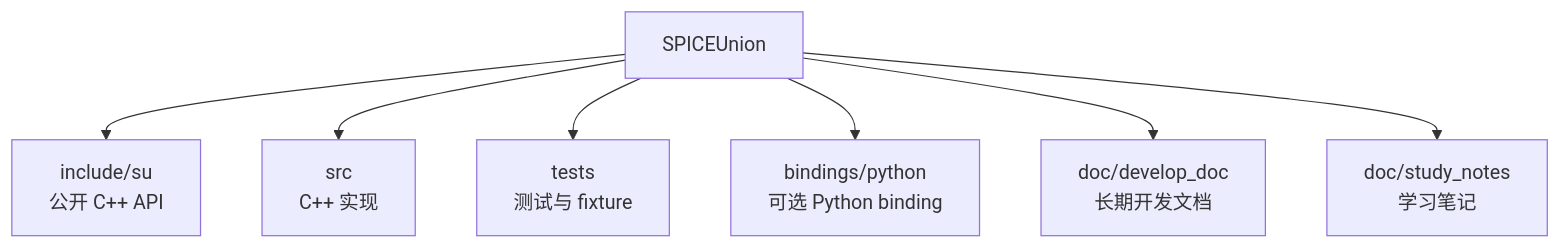
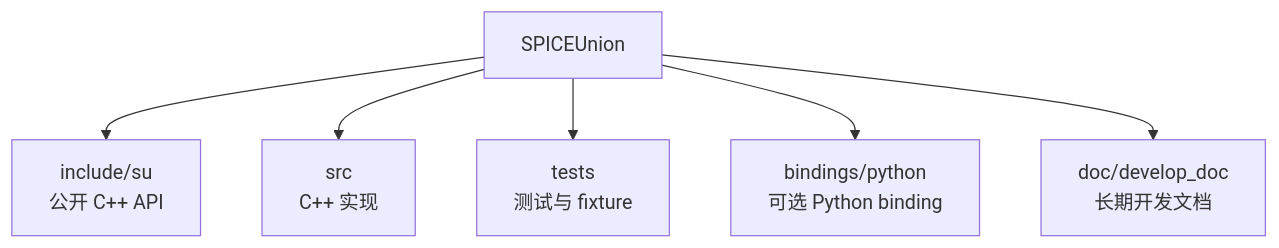
Before and after one commit to Snappersontheprowl/SPICEUnion: the fourth of 6 diagrams in doc/develop_doc/00_项目总览/02_架构总览.md, drawn with Mermaid. The commit also changed 7 other files, not shown here.

Commit message:
docs: study_notes 移出跟踪（个人学习材料，本地保留不入库）

````diff
--- a/doc/develop_doc/00_项目总览/02_架构总览.md
+++ b/doc/develop_doc/00_项目总览/02_架构总览.md
@@ -249,11 +249,10 @@
 ```mermaid
 flowchart TB
     Root["SPICEUnion"]
 
     Root --> Include["include/su<br/>公开 C++ API"]
     Root --> Src["src<br/>C++ 实现"]
     Root --> Tests["tests<br/>测试与 fixture"]
     Root --> Bindings["bindings/python<br/>可选 Python binding"]
     Root --> Docs["doc/develop_doc<br/>长期开发文档"]
-    Root --> Study["doc/study_notes<br/>学习笔记"]
 ```
````
